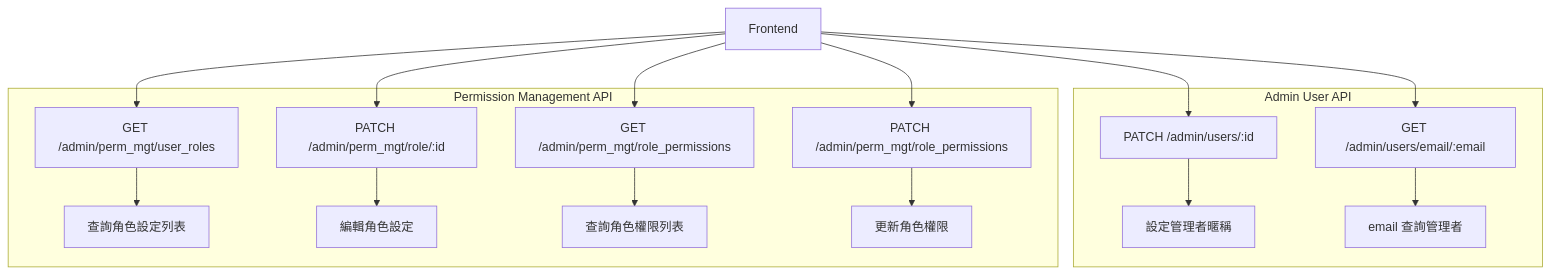
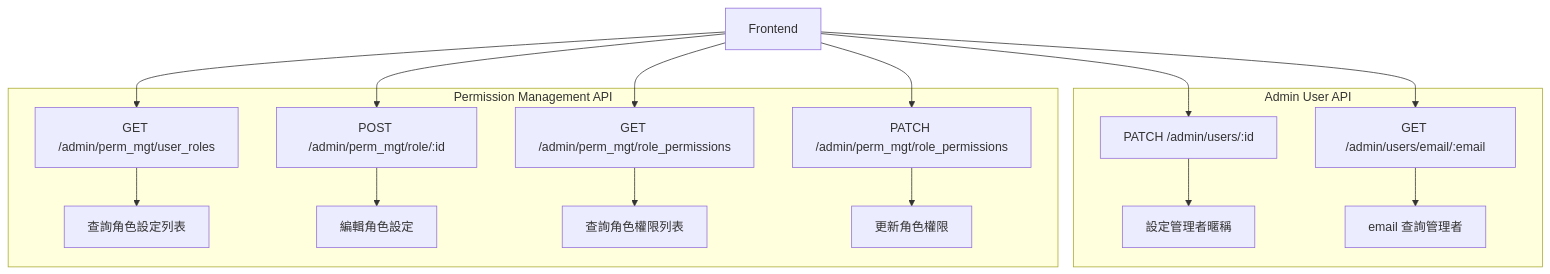
Before and after one commit to harry-tsai/notebook: the first of 2 diagrams in api/design/permission_management/README.md, drawn with Mermaid. The commit also changed other lines of this file, not shown here.

Commit message:
update from PATCH to POST with /admin/perm_mgt/role

````diff
--- a/api/design/permission_management/README.md
+++ b/api/design/permission_management/README.md
@@ -9,24 +9,24 @@
 ```mermaid
 graph TD
     A[Frontend]
     subgraph Admin User API
         B[PATCH /admin/users/:id] --> C[設定管理者暱稱]
         D[GET /admin/users/email/:email] --> E[email 查詢管理者]
     end
 
     A --> B
     A --> D
 
     subgraph Permission Management API
         F[GET /admin/perm_mgt/user_roles] --> G[查詢角色設定列表]
-        H[PATCH /admin/perm_mgt/role/:id] --> I[編輯角色設定]
+        H[POST /admin/perm_mgt/role/:id] --> I[編輯角色設定]
 
         J[GET /admin/perm_mgt/role_permissions] --> K[查詢角色權限列表]
         L[PATCH /admin/perm_mgt/role_permissions] --> M[更新角色權限]
     end
 
     A --> F
     A --> H
     A --> J
     A --> L
 ```
````
